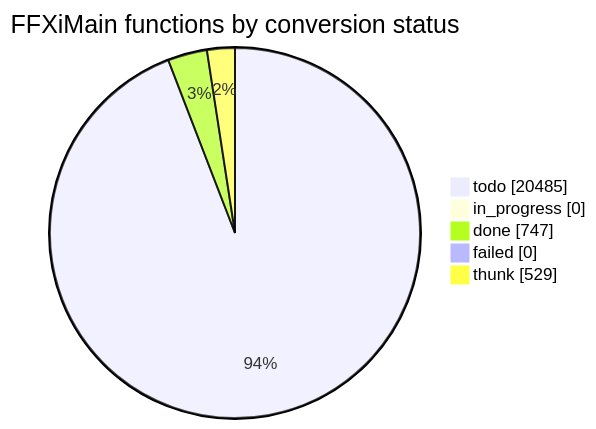
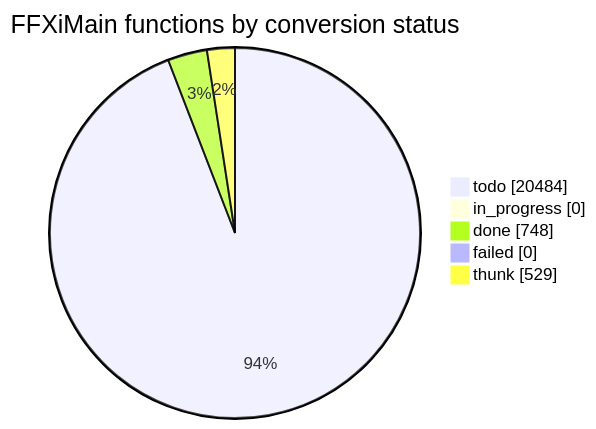
The diagram in docs/cow/STATUS.md (cowrevenge/cow_kuluu_xi_anything), drawn with Mermaid before and after one commit. The commit also changed other lines of this file and 9 other files, not shown here.

````diff
--- a/docs/cow/STATUS.md
+++ b/docs/cow/STATUS.md
@@ -18,9 +18,9 @@
 ```mermaid
 pie showData
     title FFXiMain functions by conversion status
-    "todo" : 20485
+    "todo" : 20484
     "in_progress" : 0
-    "done" : 747
+    "done" : 748
     "failed" : 0
     "thunk" : 529
 ```
````
